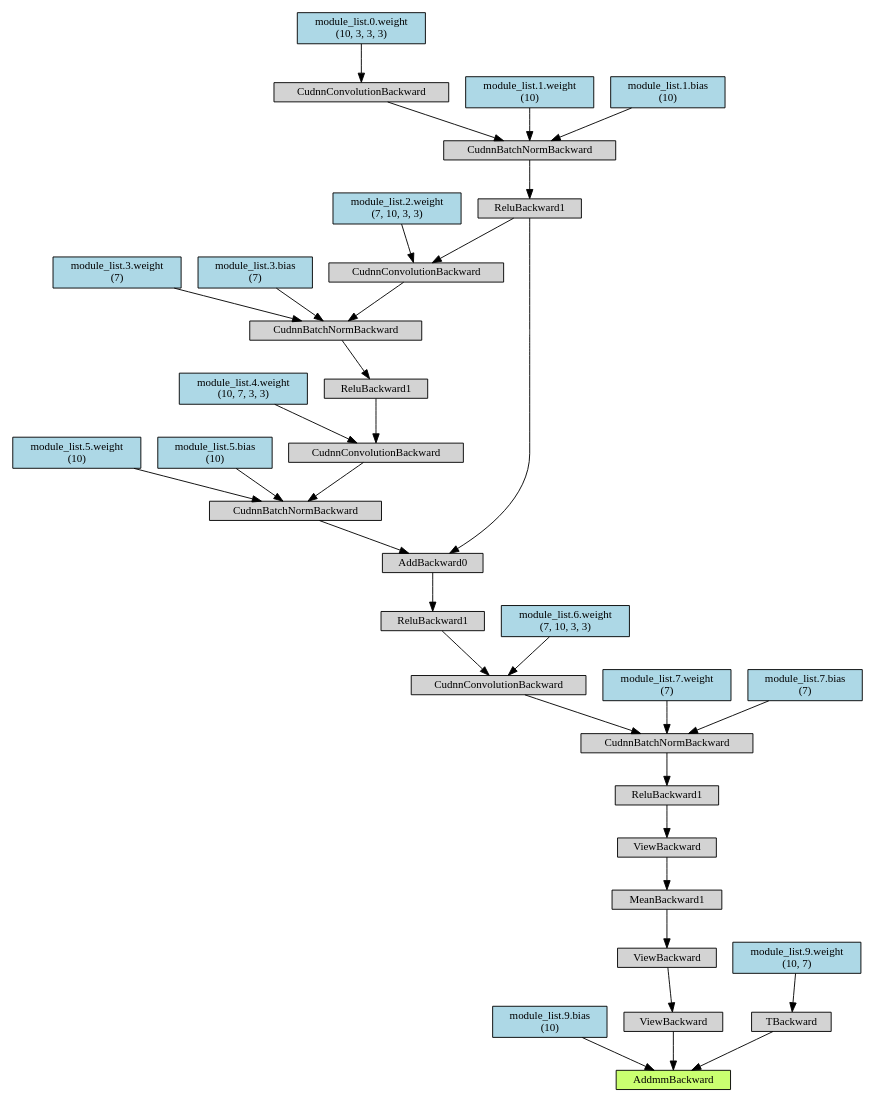
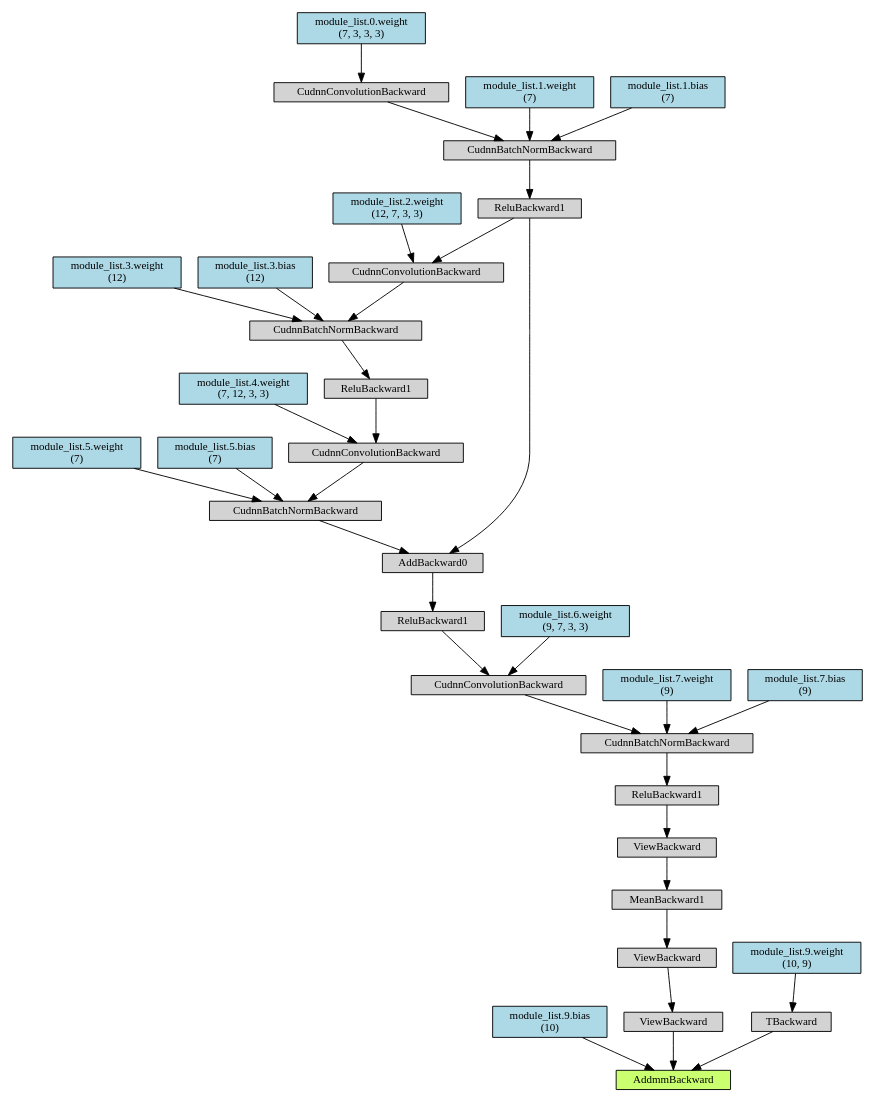
Before and after one commit to j3ssi/MA_Source: the diagram in PruneTrain6_0.dot, drawn with Graphviz. The commit also changed 83 other files, not shown here.

```diff
--- a/PruneTrain6_0.dot
+++ b/PruneTrain6_0.dot
@@ -1,84 +1,84 @@
 digraph {
 	graph [size="12,12"]
 	node [align=left fontsize=12 height=0.2 ranksep=0.1 shape=box style=filled]
-	140449211596136 [label=AddmmBackward fillcolor=darkolivegreen1]
-	140449211594008 -> 140449211596136
-	140449211594008 [label="module_list.9.bias
+	140322175813672 [label=AddmmBackward fillcolor=darkolivegreen1]
+	140322175996480 -> 140322175813672
+	140322175996480 [label="module_list.9.bias
  (10)" fillcolor=lightblue]
-	140449211594736 -> 140449211596136
-	140449211594736 [label=ViewBackward]
-	140449211578576 -> 140449211594736
-	140449211578576 [label=ViewBackward]
-	140449211577232 -> 140449211578576
-	140449211577232 [label=MeanBackward1]
-	140449211580144 -> 140449211577232
-	140449211580144 [label=ViewBackward]
-	140449211578744 -> 140449211580144
-	140449211578744 [label=ReluBackward1]
-	140449211580256 -> 140449211578744
-	140449211580256 [label=CudnnBatchNormBackward]
-	140449211578632 -> 140449211580256
-	140449211578632 [label=CudnnConvolutionBackward]
-	140449211578968 -> 140449211578632
-	140449211578968 [label=ReluBackward1]
-	140449211578016 -> 140449211578968
-	140449211578016 [label=AddBackward0]
-	140449211577568 -> 140449211578016
-	140449211577568 [label=ReluBackward1]
-	140449211576448 -> 140449211577568
-	140449211576448 [label=CudnnBatchNormBackward]
-	140449211577848 -> 140449211576448
-	140449211577848 [label=CudnnConvolutionBackward]
-	140449211576672 -> 140449211577848
-	140449211576672 [label="module_list.0.weight
- (10, 3, 3, 3)" fillcolor=lightblue]
-	140449211576952 -> 140449211576448
-	140449211576952 [label="module_list.1.weight
- (10)" fillcolor=lightblue]
-	140449211576392 -> 140449211576448
-	140449211576392 [label="module_list.1.bias
- (10)" fillcolor=lightblue]
-	140449211579248 -> 140449211578016
-	140449211579248 [label=CudnnBatchNormBackward]
-	140449211577736 -> 140449211579248
-	140449211577736 [label=CudnnConvolutionBackward]
-	140449211578240 -> 140449211577736
-	140449211578240 [label=ReluBackward1]
-	140449211577064 -> 140449211578240
-	140449211577064 [label=CudnnBatchNormBackward]
-	140449211579192 -> 140449211577064
-	140449211579192 [label=CudnnConvolutionBackward]
-	140449211577568 -> 140449211579192
-	140449211579416 -> 140449211579192
-	140449211579416 [label="module_list.2.weight
- (7, 10, 3, 3)" fillcolor=lightblue]
-	140449211576504 -> 140449211577064
-	140449211576504 [label="module_list.3.weight
+	140322175999952 -> 140322175813672
+	140322175999952 [label=ViewBackward]
+	140322175999896 -> 140322175999952
+	140322175999896 [label=ViewBackward]
+	140322175997320 -> 140322175999896
+	140322175997320 [label=MeanBackward1]
+	140322165862072 -> 140322175997320
+	140322165862072 [label=ViewBackward]
+	140322165861736 -> 140322165862072
+	140322165861736 [label=ReluBackward1]
+	140322165861400 -> 140322165861736
+	140322165861400 [label=CudnnBatchNormBackward]
+	140322165858488 -> 140322165861400
+	140322165858488 [label=CudnnConvolutionBackward]
+	140322165861792 -> 140322165858488
+	140322165861792 [label=ReluBackward1]
+	140322165861960 -> 140322165861792
+	140322165861960 [label=AddBackward0]
+	140322165861680 -> 140322165861960
+	140322165861680 [label=ReluBackward1]
+	140322165861176 -> 140322165861680
+	140322165861176 [label=CudnnBatchNormBackward]
+	140322165861232 -> 140322165861176
+	140322165861232 [label=CudnnConvolutionBackward]
+	140322165860896 -> 140322165861232
+	140322165860896 [label="module_list.0.weight
+ (7, 3, 3, 3)" fillcolor=lightblue]
+	140322165861120 -> 140322165861176
+	140322165861120 [label="module_list.1.weight
  (7)" fillcolor=lightblue]
-	140449211578128 -> 140449211577064
-	140449211578128 [label="module_list.3.bias
+	140322165861008 -> 140322165861176
+	140322165861008 [label="module_list.1.bias
  (7)" fillcolor=lightblue]
-	140449211577904 -> 140449211577736
-	140449211577904 [label="module_list.4.weight
- (10, 7, 3, 3)" fillcolor=lightblue]
-	140449211578464 -> 140449211579248
-	140449211578464 [label="module_list.5.weight
- (10)" fillcolor=lightblue]
-	140449211578296 -> 140449211579248
-	140449211578296 [label="module_list.5.bias
- (10)" fillcolor=lightblue]
-	140449211579360 -> 140449211578632
-	140449211579360 [label="module_list.6.weight
- (7, 10, 3, 3)" fillcolor=lightblue]
-	140449211576840 -> 140449211580256
-	140449211576840 [label="module_list.7.weight
+	140322165861624 -> 140322165861960
+	140322165861624 [label=CudnnBatchNormBackward]
+	140322165861344 -> 140322165861624
+	140322165861344 [label=CudnnConvolutionBackward]
+	140322165860728 -> 140322165861344
+	140322165860728 [label=ReluBackward1]
+	140322165858992 -> 140322165860728
+	140322165858992 [label=CudnnBatchNormBackward]
+	140322165858880 -> 140322165858992
+	140322165858880 [label=CudnnConvolutionBackward]
+	140322165861680 -> 140322165858880
+	140322165858656 -> 140322165858880
+	140322165858656 [label="module_list.2.weight
+ (12, 7, 3, 3)" fillcolor=lightblue]
+	140322165858824 -> 140322165858992
+	140322165858824 [label="module_list.3.weight
+ (12)" fillcolor=lightblue]
+	140322165858768 -> 140322165858992
+	140322165858768 [label="module_list.3.bias
+ (12)" fillcolor=lightblue]
+	140322165859104 -> 140322165861344
+	140322165859104 [label="module_list.4.weight
+ (7, 12, 3, 3)" fillcolor=lightblue]
+	140322165860952 -> 140322165861624
+	140322165860952 [label="module_list.5.weight
  (7)" fillcolor=lightblue]
-	140449211579136 -> 140449211580256
-	140449211579136 [label="module_list.7.bias
+	140322165860784 -> 140322165861624
+	140322165860784 [label="module_list.5.bias
  (7)" fillcolor=lightblue]
-	140449211594624 -> 140449211596136
-	140449211594624 [label=TBackward]
-	140449211577120 -> 140449211594624
-	140449211577120 [label="module_list.9.weight
- (10, 7)" fillcolor=lightblue]
+	140322165862184 -> 140322165858488
+	140322165862184 [label="module_list.6.weight
+ (9, 7, 3, 3)" fillcolor=lightblue]
+	140322165858544 -> 140322165861400
+	140322165858544 [label="module_list.7.weight
+ (9)" fillcolor=lightblue]
+	140322165861064 -> 140322165861400
+	140322165861064 [label="module_list.7.bias
+ (9)" fillcolor=lightblue]
+	140322175999672 -> 140322175813672
+	140322175999672 [label=TBackward]
+	140322175999840 -> 140322175999672
+	140322175999840 [label="module_list.9.weight
+ (10, 9)" fillcolor=lightblue]
 }
```
